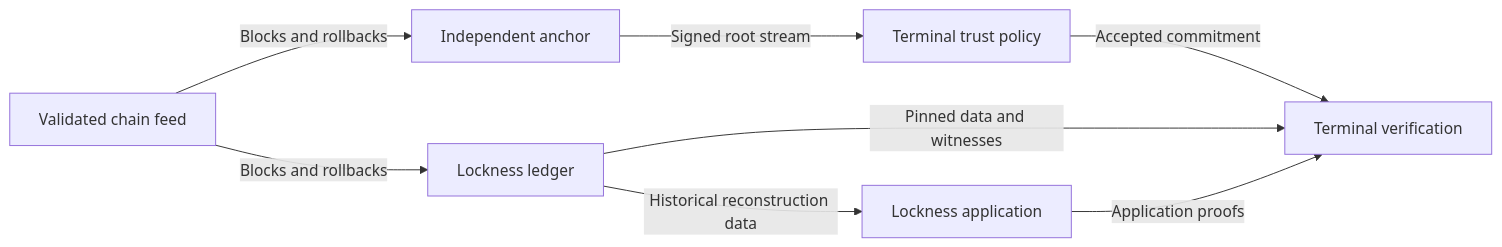
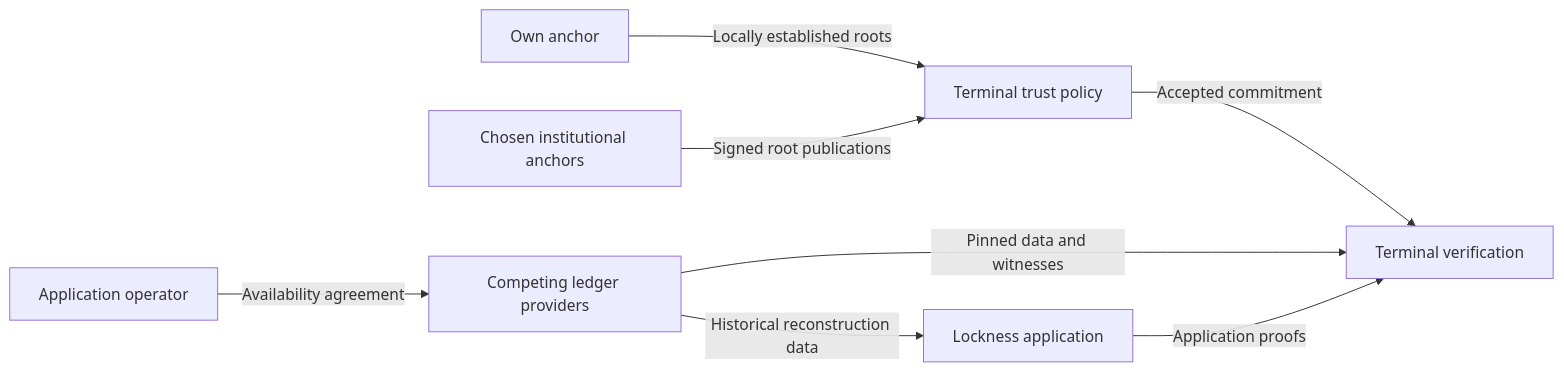
One commit to lambdasistemi/lockness changed the diagram in docs/index.md. Above: the diagram before and after it, drawn with Mermaid. The commit also changed other lines of this file and 16 other files, not shown here.

Commit message:
docs: refine trust choices and the availability market (#2)

````diff
--- a/docs/index.md
+++ b/docs/index.md
@@ -17,10 +27,10 @@
 ```mermaid
 flowchart LR
-    N[Validated chain feed] -->|Blocks and rollbacks| P[Independent anchor]
-    N -->|Blocks and rollbacks| L[Lockness ledger]
-    P -->|Signed root stream| C[Terminal trust policy]
+    O[Own anchor] -->|Locally established roots| C[Terminal trust policy]
+    I[Chosen institutional anchors] -->|Signed root publications| C
+    B[Application operator] -->|Availability agreement| L[Competing ledger providers]
     L -->|Pinned data and witnesses| V[Terminal verification]
     C -->|Accepted commitment| V
     L -->|Historical reconstruction data| A[Lockness application]
     A -->|Application proofs| V
 ```
````
